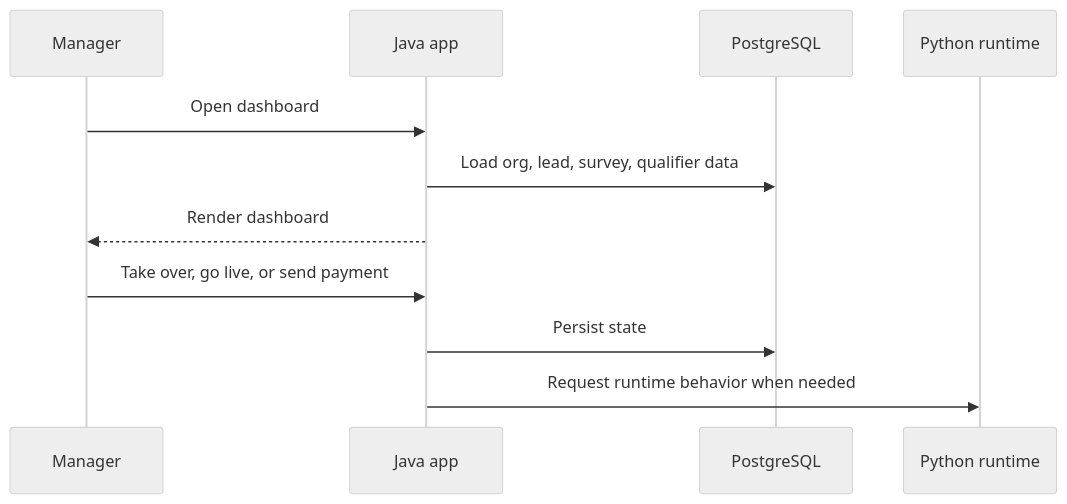
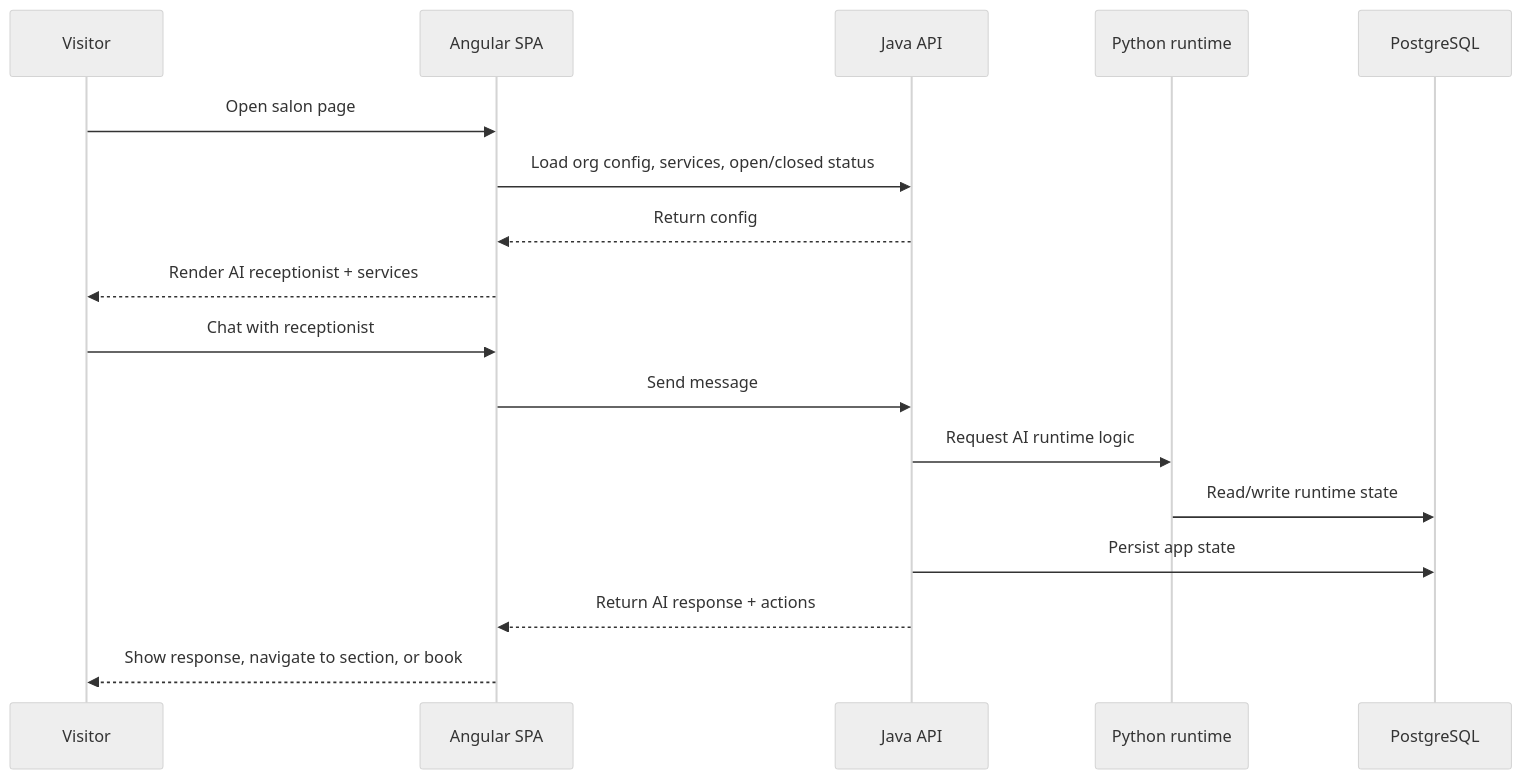
One commit to Codere11/ACE-RealEstate-Showcase changed the second of 4 diagrams in ARCHITECTURE.md. Above: the diagram before and after it, drawn with Mermaid (neutral theme). The commit also changed other lines of this file and 11 other files, not shown here.

First line of the commit message:
Pivot to ACE Reception Services: AI receptionist for Slovenian beauty salons

````diff
--- a/ARCHITECTURE.md
+++ b/ARCHITECTURE.md
@@ -53,14 +65,20 @@
 ```mermaid
 sequenceDiagram
-    participant M as Manager
-    participant J as Java app
+    participant V as Visitor
+    participant A as Angular SPA
+    participant J as Java API
+    participant P as Python runtime
     participant DB as PostgreSQL
-    participant P as Python runtime
 
-    M->>J: Open dashboard
-    J->>DB: Load org, lead, survey, qualifier data
-    J-->>M: Render dashboard
-    M->>J: Take over, go live, or send payment
-    J->>DB: Persist state
-    J->>P: Request runtime behavior when needed
+    V->>A: Open salon page
+    A->>J: Load org config, services, open/closed status
+    J-->>A: Return config
+    A-->>V: Render AI receptionist + services
+    V->>A: Chat with receptionist
+    A->>J: Send message
+    J->>P: Request AI runtime logic
+    P->>DB: Read/write runtime state
+    J->>DB: Persist app state
+    J-->>A: Return AI response + actions
+    A-->>V: Show response, navigate to section, or book
 ```
````
